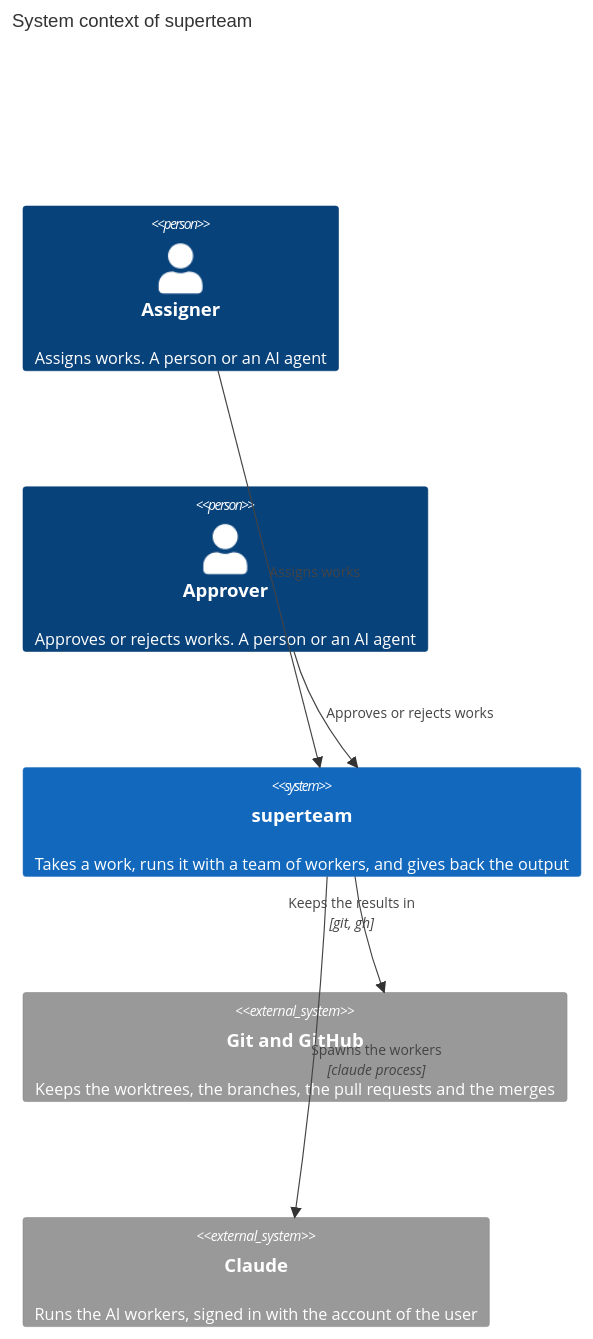
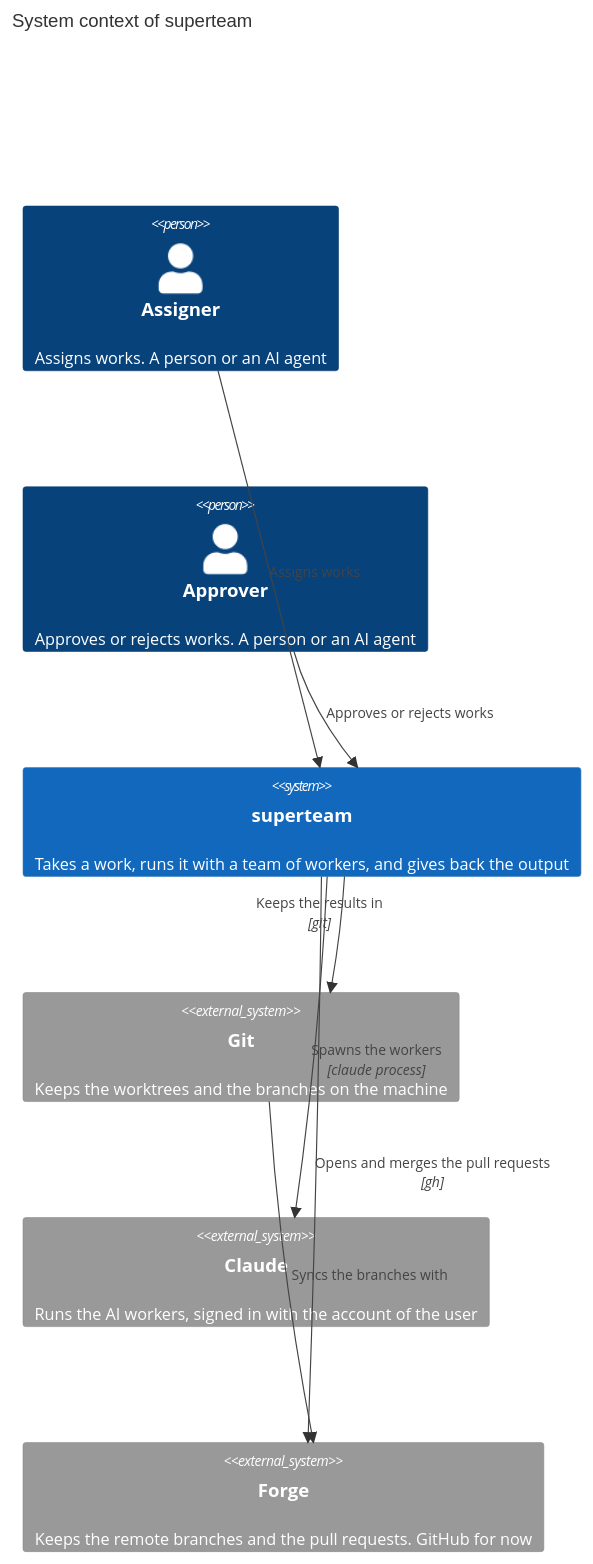
Before and after one commit to longlh/superteam: the first of 2 diagrams in docs/architecture.md, drawn with Mermaid. The commit also changed other lines of this file, not shown here.

First line of the commit message:
Split git and the forge in the architecture doc and add the git adapter

````diff
--- a/docs/architecture.md
+++ b/docs/architecture.md
@@ -49,18 +49,21 @@
 ```mermaid
 C4Context
     title System context of superteam
 
     Person(assigner, "Assigner", "Assigns works. A person or an AI agent")
     Person(approver, "Approver", "Approves or rejects works. A person or an AI agent")
     System(superteam, "superteam", "Takes a work, runs it with a team of workers, and gives back the output")
-    System_Ext(git, "Git and GitHub", "Keeps the worktrees, the branches, the pull requests and the merges")
+    System_Ext(git, "Git", "Keeps the worktrees and the branches on the machine")
     System_Ext(claude, "Claude", "Runs the AI workers, signed in with the account of the user")
+    System_Ext(forge, "Forge", "Keeps the remote branches and the pull requests. GitHub for now")
 
     Rel(assigner, superteam, "Assigns works")
     Rel(approver, superteam, "Approves or rejects works")
-    Rel(superteam, git, "Keeps the results in", "git, gh")
+    Rel(superteam, git, "Keeps the results in", "git")
     Rel(superteam, claude, "Spawns the workers", "claude process")
+    Rel(superteam, forge, "Opens and merges the pull requests", "gh")
+    Rel(git, forge, "Syncs the branches with")
 
     UpdateRelStyle(superteam, git, $offsetX="-70", $offsetY="-30")
     UpdateLayoutConfig($c4ShapeInRow="2", $c4BoundaryInRow="1")
 ```
````
